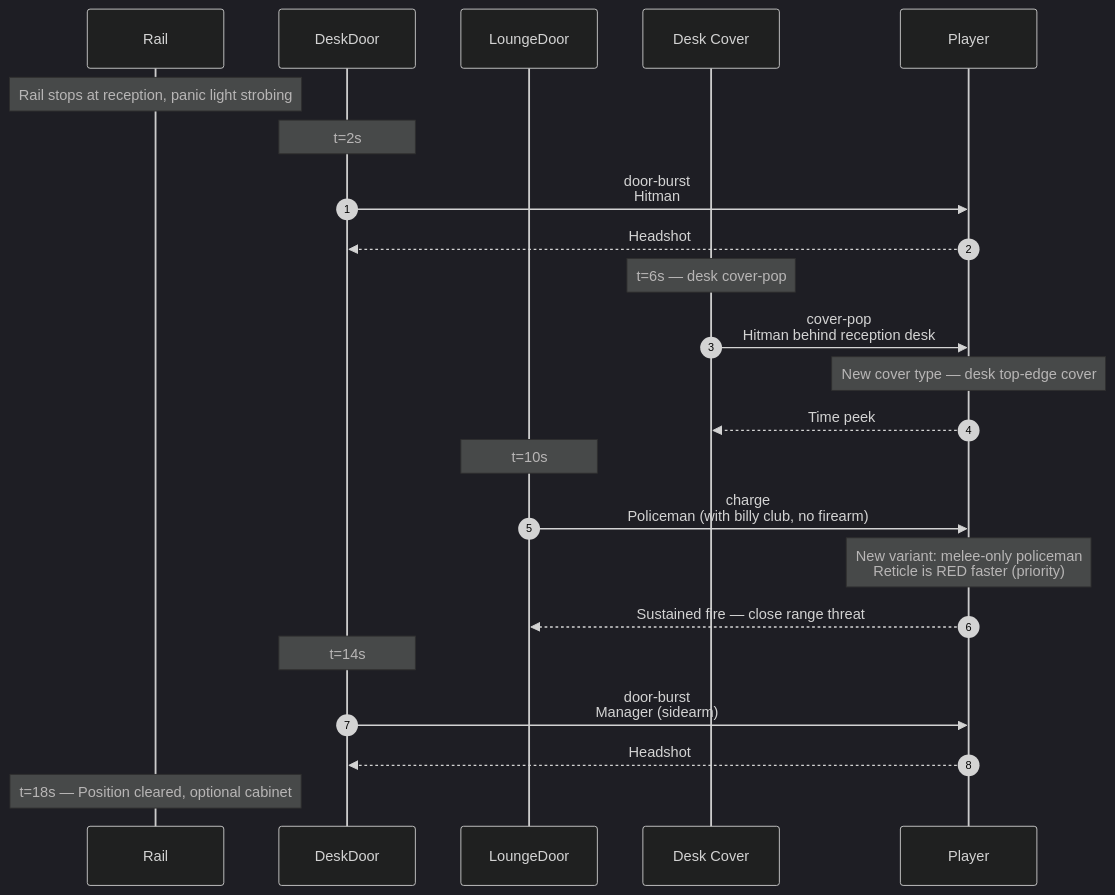
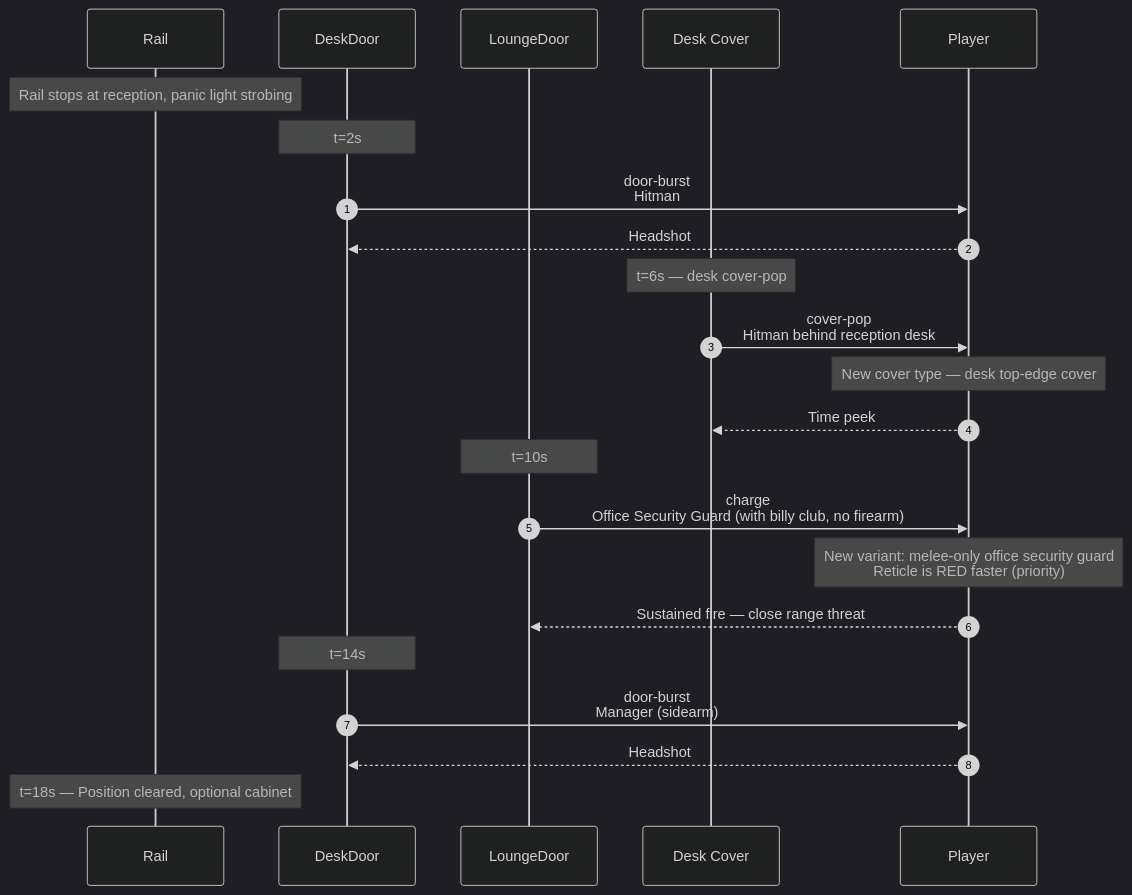
Before and after one commit to arcade-cabinet/department-of-redundancy-department: the second of 4 diagrams in docs/spec/levels/07-executive-suites.md, drawn with Mermaid (dark theme). The commit also changed other lines of this file and 14 other files, not shown here.

First line of the commit message:
refactor(lore): repurpose policeman → office security guard, swat → head of security

````diff
--- a/docs/spec/levels/07-executive-suites.md
+++ b/docs/spec/levels/07-executive-suites.md
@@ -63,31 +63,31 @@
 ```mermaid
 sequenceDiagram
     autonumber
     participant Rail
     participant DeskDoor
     participant LoungeDoor
     participant DeskCover as Desk Cover
     participant Player
 
     Note over Rail: Rail stops at reception, panic light strobing
 
     Note over DeskDoor: t=2s
     DeskDoor->>Player: door-burst<br/>Hitman
     Player-->>DeskDoor: Headshot
 
     Note over DeskCover: t=6s — desk cover-pop
     DeskCover->>Player: cover-pop<br/>Hitman behind reception desk
     Note over Player: New cover type — desk top-edge cover
     Player-->>DeskCover: Time peek
 
     Note over LoungeDoor: t=10s
-    LoungeDoor->>Player: charge<br/>Policeman (with billy club, no firearm)
-    Note over Player: New variant: melee-only policeman<br/>Reticle is RED faster (priority)
+    LoungeDoor->>Player: charge<br/>Office Security Guard (with billy club, no firearm)
+    Note over Player: New variant: melee-only office security guard<br/>Reticle is RED faster (priority)
     Player-->>LoungeDoor: Sustained fire — close range threat
 
     Note over DeskDoor: t=14s
     DeskDoor->>Player: door-burst<br/>Manager (sidearm)
     Player-->>DeskDoor: Headshot
 
     Note over Rail: t=18s — Position cleared, optional cabinet
 ```
````
